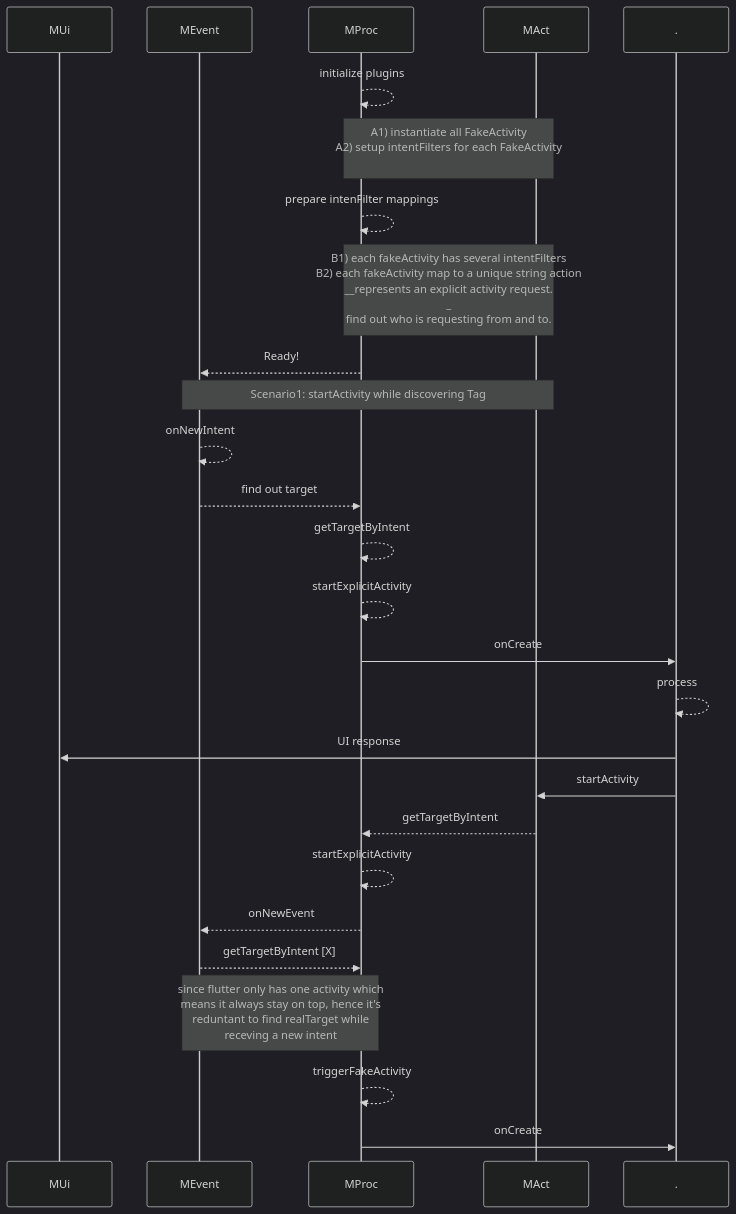
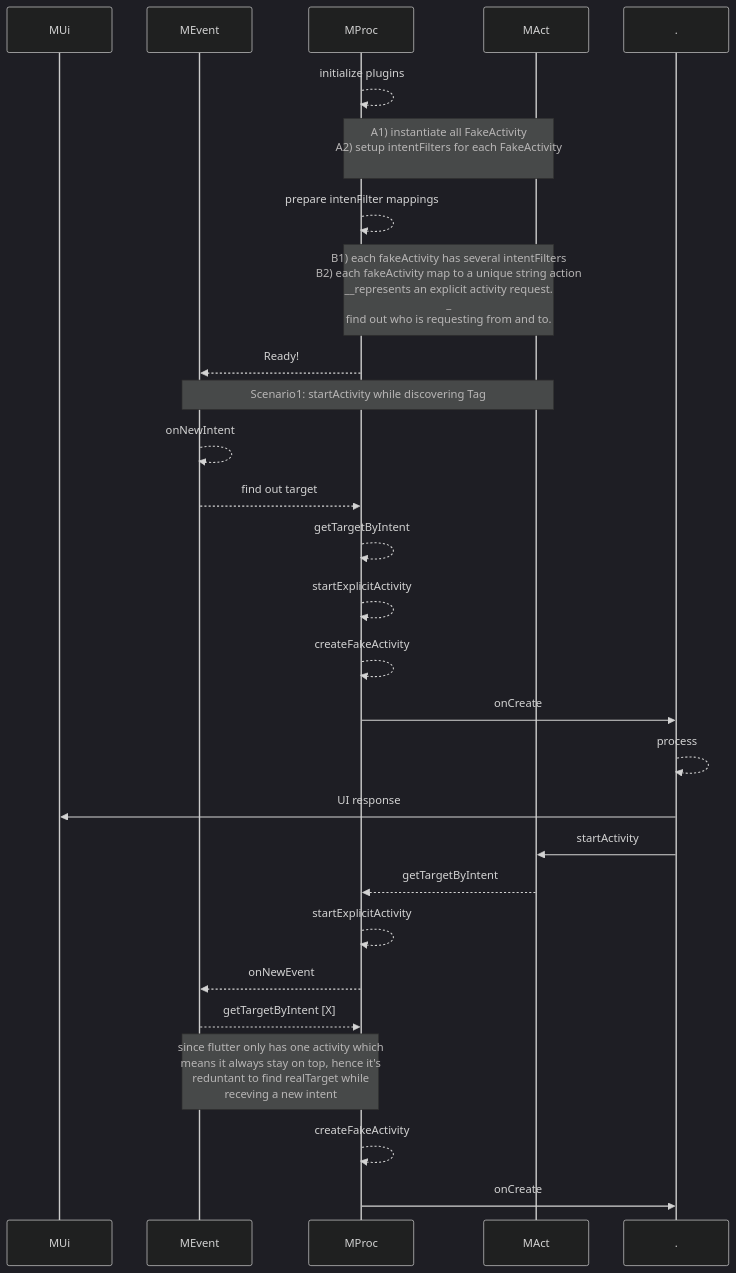
Before and after one commit to gordianknotC/nxp_note: the third of 6 diagrams in flutter/android_to_flutter.md, drawn with Mermaid (dark theme). The commit also changed other lines of this file, not shown here.

Commit message:
flutter/android_to_flutter.md updated from https://stackedit.io/

````diff
--- a/flutter/android_to_flutter.md
+++ b/flutter/android_to_flutter.md
@@ -50,37 +50,38 @@
 ```mermaid
 sequenceDiagram
 participant MUi
 participant MEvent
 participant MProc
 participant MAct
 participant .
 
 MProc-->>MProc: initialize plugins
 Note over MProc,MAct: A1) instantiate all FakeActivity<br>A2) setup intentFilters for each FakeActivity<br>
 
 MProc-->>MProc: prepare intenFilter mappings
 Note over MProc, MAct: B1) each fakeActivity has several intentFilters<br>B2) each fakeActivity map to a unique string action<br>__represents an explicit activity request.<br>_<br> find out who is requesting from and to.
 
 MProc-->>MEvent: Ready!
 
 Note over MEvent, MAct: Scenario1: startActivity while discovering Tag
 MEvent-->>MEvent: onNewIntent
 MEvent-->>MProc: find out target
 MProc-->>MProc: getTargetByIntent
 MProc-->>MProc: startExplicitActivity
+MProc-->>MProc: createFakeActivity
 MProc->> . : onCreate
 . -->> . : process
 . ->> MUi: UI response
 . ->> MAct: startActivity
 MAct -->> MProc: getTargetByIntent
 MProc -->> MProc: startExplicitActivity
 MProc -->> MEvent: onNewEvent
 MEvent -->> MProc: getTargetByIntent [X]
 
 Note over MEvent, MProc: since flutter only has one activity which<br> means it always stay on top, hence it's<br> reduntant to find realTarget while <br>receving a new intent
 
-MProc -->> MProc: triggerFakeActivity
+MProc -->> MProc: createFakeActivity
 MProc ->> . : onCreate
 
 
 ```
````
